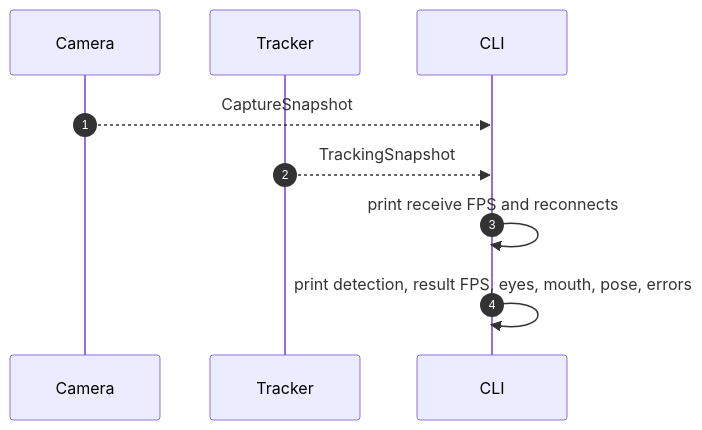
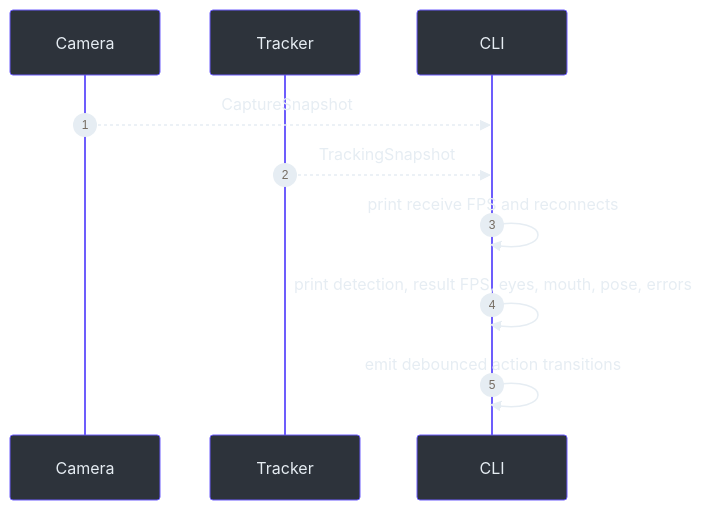
Before and after one commit to Zanark/KardboardCode-VTuber: the second of 2 diagrams in docs/06-face-tracking/live-debugging-and-validation.md, drawn with Mermaid. The commit also changed other lines of this file and 11 other files, not shown here.

````diff
--- a/docs/06-face-tracking/live-debugging-and-validation.md
+++ b/docs/06-face-tracking/live-debugging-and-validation.md
@@ -36,11 +59,13 @@
 ```mermaid
+%%{init: {"theme": "base", "themeVariables": {"primaryColor": "#2d333b", "primaryBorderColor": "#6d5dfc", "primaryTextColor": "#e6edf3", "lineColor": "#8b949e", "secondaryColor": "#161b22", "tertiaryColor": "#2d333b"}}}%%
 sequenceDiagram
     autonumber
     participant Camera
     participant Tracker
     participant CLI
     Camera-->>CLI: CaptureSnapshot
     Tracker-->>CLI: TrackingSnapshot
     CLI->>CLI: print receive FPS and reconnects
     CLI->>CLI: print detection, result FPS, eyes, mouth, pose, errors
+    CLI->>CLI: emit debounced action transitions
 ```
````
